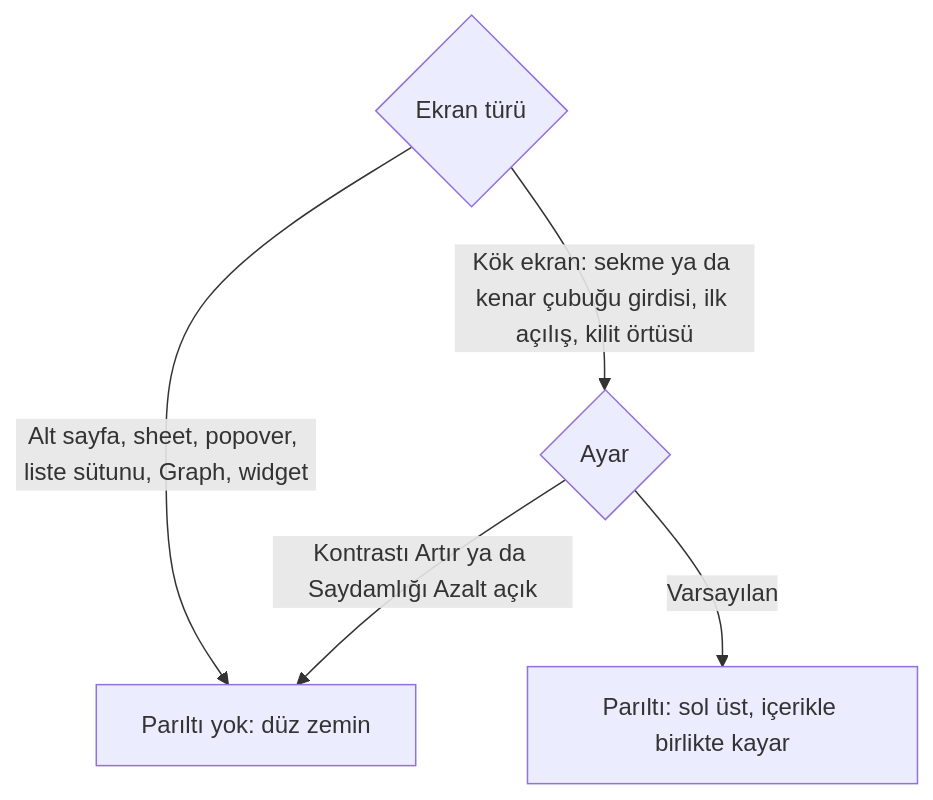
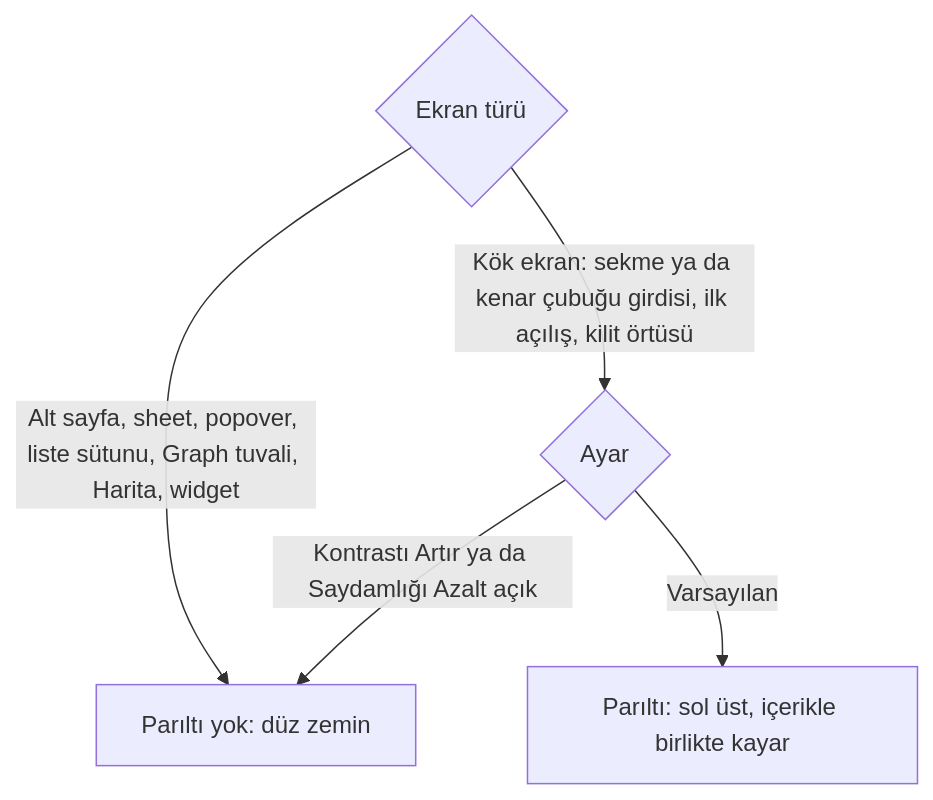
One commit to dogancanyildiz/kenet changed the third of 6 diagrams in docs/design.md. Above: the diagram before and after it, drawn with Mermaid. The commit also changed other lines of this file and 9 other files, not shown here.

````diff
--- a/docs/design.md
+++ b/docs/design.md
@@ -355,7 +357,7 @@
 ```mermaid
 flowchart TD
     A{Ekran türü} -->|Kök ekran: sekme ya da kenar çubuğu girdisi, ilk açılış, kilit örtüsü| B{Ayar}
-    A -->|Alt sayfa, sheet, popover, liste sütunu, Graph, widget| X[Parıltı yok: düz zemin]
+    A -->|Alt sayfa, sheet, popover, liste sütunu, Graph tuvali, Harita, widget| X[Parıltı yok: düz zemin]
     B -->|Kontrastı Artır ya da Saydamlığı Azalt açık| X
     B -->|Varsayılan| C[Parıltı: sol üst, içerikle birlikte kayar]
 ```
````
